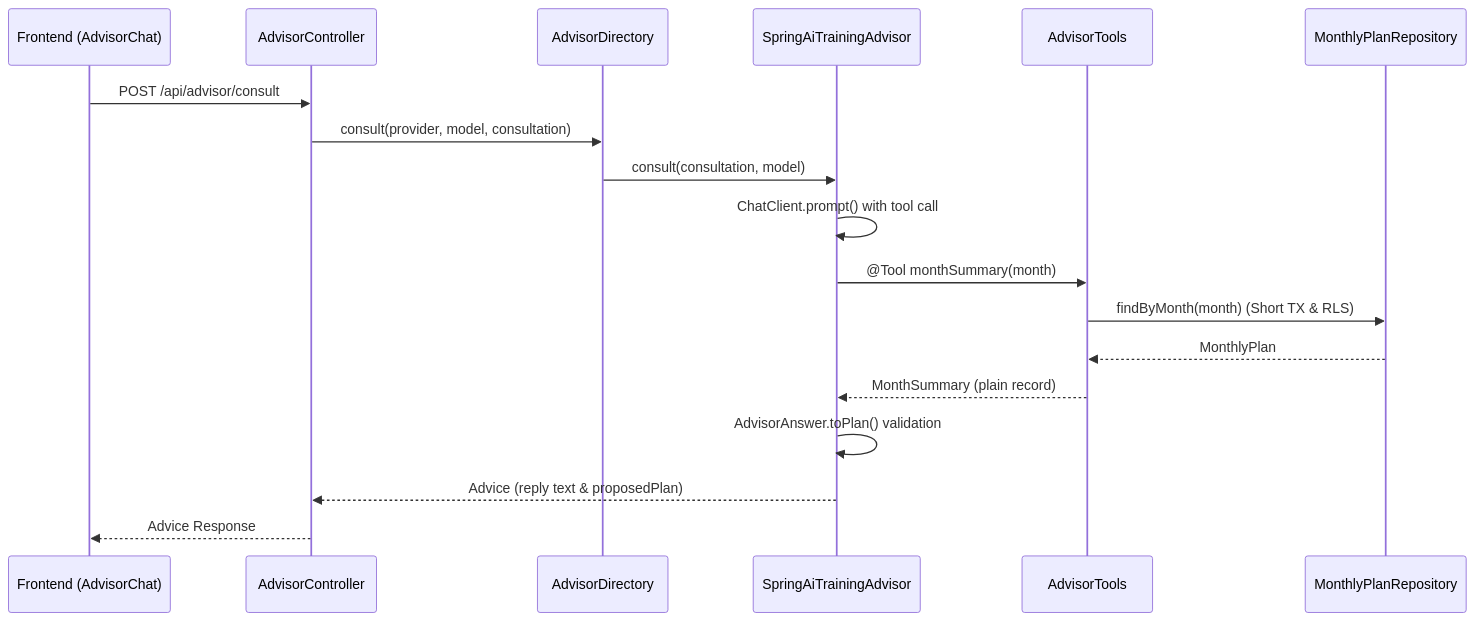
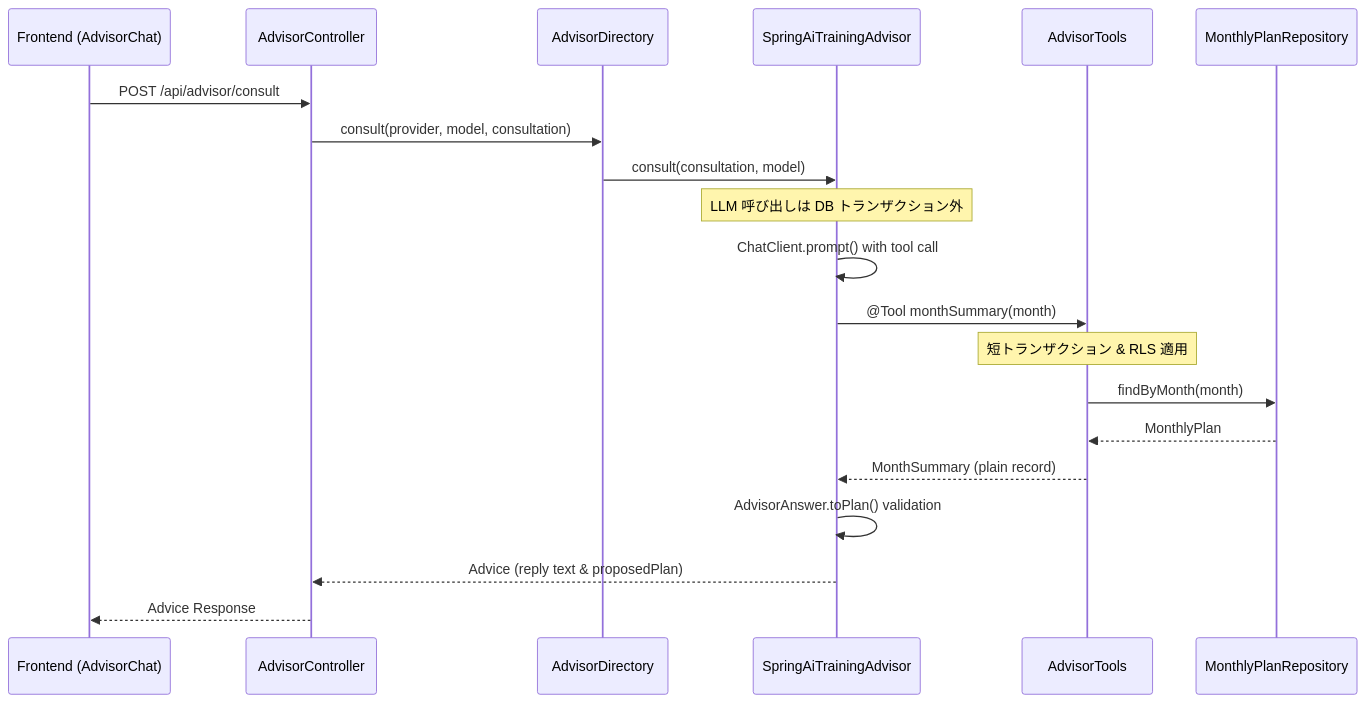
The second of 3 diagrams in openwiki/architecture/patterns.md (tis-abe-akira/run-buddy), drawn with Mermaid before and after one commit. The commit also changed other lines of this file and 14 other files, not shown here.

````diff
--- a/openwiki/architecture/patterns.md
+++ b/openwiki/architecture/patterns.md
@@ -170,21 +170,23 @@
 ```mermaid
 sequenceDiagram
     participant UI as Frontend (AdvisorChat)
     participant Ctrl as AdvisorController
     participant Dir as AdvisorDirectory
     participant Adv as SpringAiTrainingAdvisor
     participant Tools as AdvisorTools
     participant Repo as MonthlyPlanRepository
 
     UI->>Ctrl: POST /api/advisor/consult
     Ctrl->>Dir: consult(provider, model, consultation)
     Dir->>Adv: consult(consultation, model)
+    Note over Adv: LLM 呼び出しは DB トランザクション外
     Adv->>Adv: ChatClient.prompt() with tool call
     Adv->>Tools: @Tool monthSummary(month)
-    Tools->>Repo: findByMonth(month) (Short TX & RLS)
+    Note over Tools: 短トランザクション & RLS 適用
+    Tools->>Repo: findByMonth(month)
     Repo-->>Tools: MonthlyPlan
     Tools-->>Adv: MonthSummary (plain record)
     Adv->>Adv: AdvisorAnswer.toPlan() validation
     Adv-->>Ctrl: Advice (reply text & proposedPlan)
     Ctrl-->>UI: Advice Response
 ```
````
